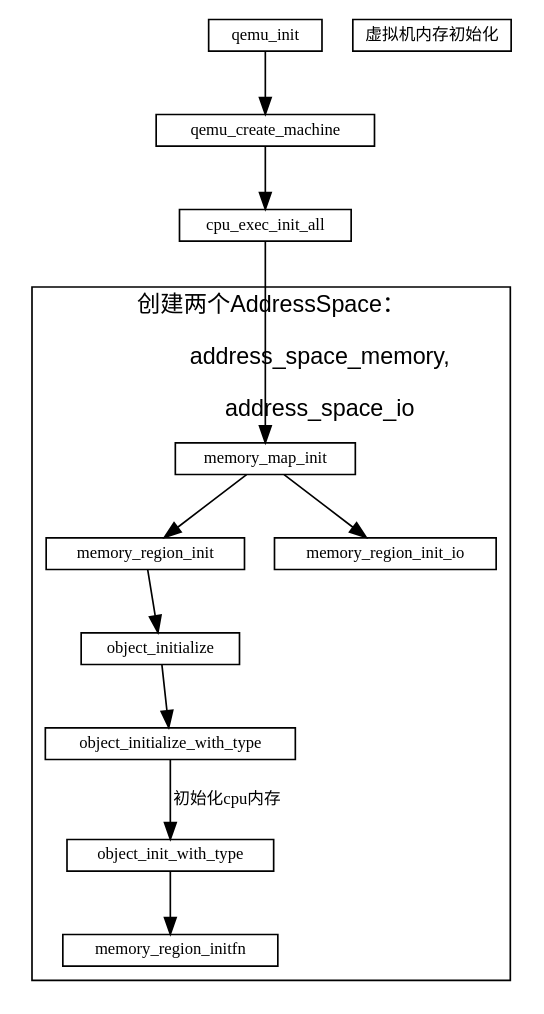
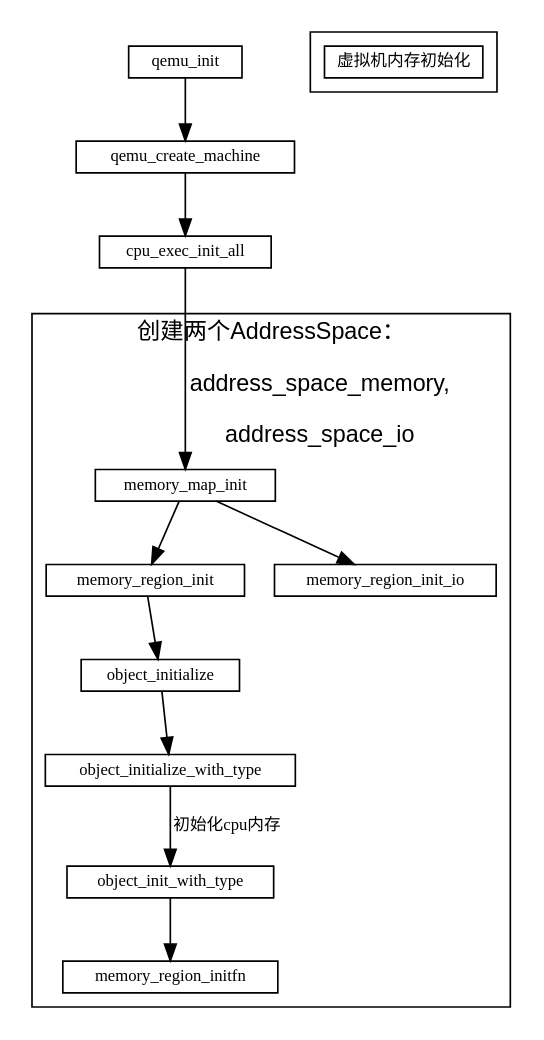
One commit to sisyphus1212/note changed the diagram in qemu/qemu-kvm内存虚拟化.md. Above: the diagram before and after it, drawn with Graphviz.

Commit message:
auto_update

````diff
--- a/qemu/qemu-kvm内存虚拟化.md
+++ b/qemu/qemu-kvm内存虚拟化.md
@@ -10,35 +10,36 @@
 ```graphviz
 digraph {
     fontname="Helvetica,Arial,sans-serif"
     //node [fontname="Helvetica,Arial,sans-serif"]
     //edge [fontname="Helvetica,Arial,sans-serif"]
     //rankdir="LR"
     node [fontsize=10, shape=record, height=0.25]
     edge [fontsize=10]
     subgraph memory_map_init {
         label="创建两个AddressSpace：\n
                 address_space_memory,\n
                 address_space_io";
 
         cluster=true;
         memory_map_init
                 -> memory_region_init
                 -> object_initialize
                 -> object_initialize_with_type
                 object_initialize_with_type
                 -> object_init_with_type[label="初始化cpu内存"]
                 object_init_with_type
                 -> memory_region_initfn
               memory_map_init
                 -> memory_region_init_io
     }
 
     subgraph vm_mem_alloc {
         cluster=true;
+        "虚拟机内存初始化"
     }
     qemu_init -> qemu_create_machine
               -> cpu_exec_init_all
               -> memory_map_init
-              虚拟机内存初始化
+
 }
 ```
````
